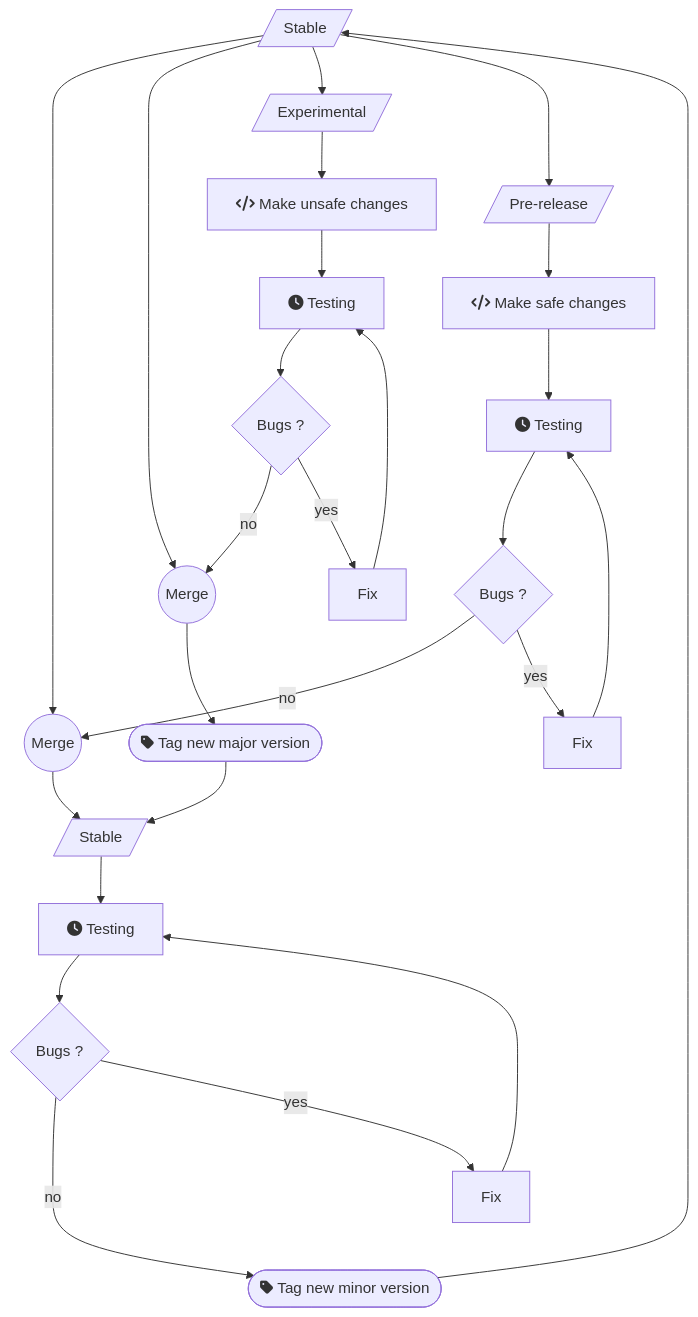
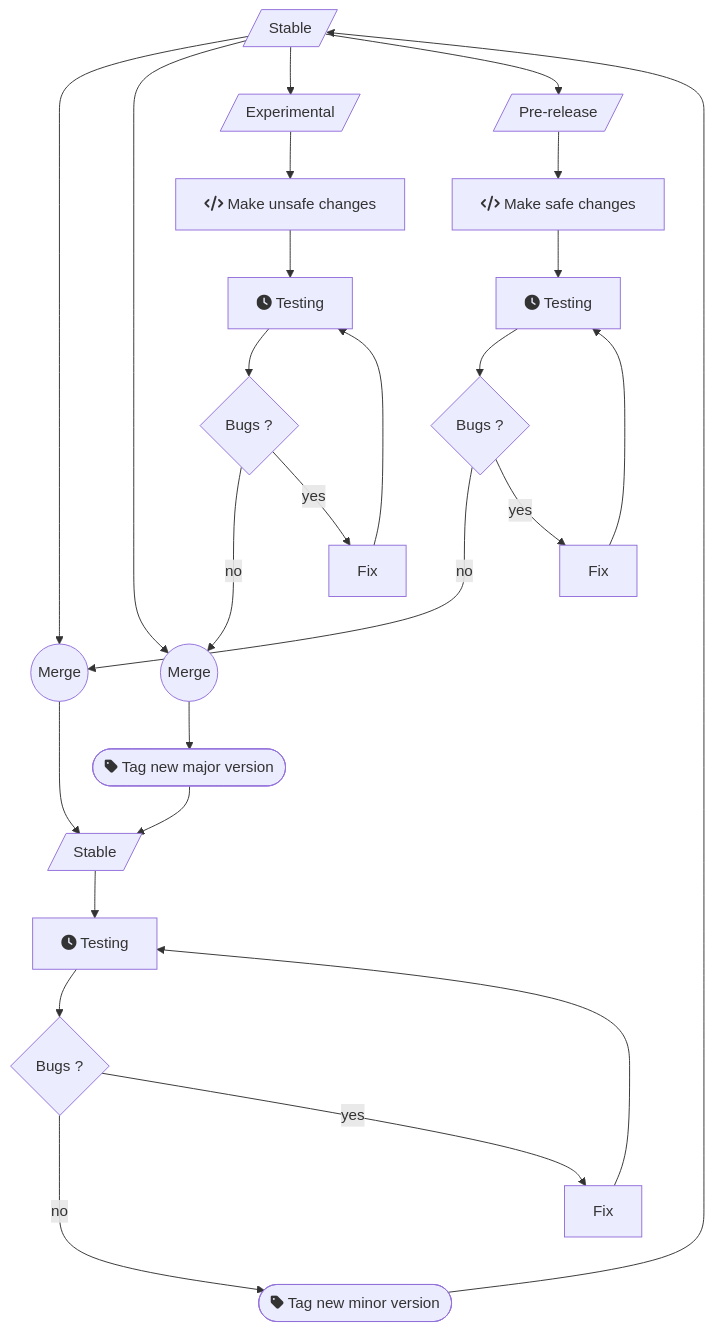
One commit to darktable-org/dtdocs changed the diagram in content/install/_index.md. Above: the diagram before and after it, drawn with Mermaid. The commit also changed other lines of this file, not shown here.

Commit message:
Update install and release graph

````diff
--- a/content/install/_index.md
+++ b/content/install/_index.md
@@ -35,37 +35,36 @@
 ```mermaid
 graph TD;
 	master[/Stable/];
 	candidate[/Pre-release/];
 	dev[/Experimental/];
 	master2[/Stable/];
 
 	master -------> m1((Merge));
 	master ------> m2((Merge));
 	m1 --> master2;
 
 	master --> dev;
 	dev --> c3[fa:fa-code Make unsafe changes];
 	c3 --> t3[fa:fa-clock Testing];
 	t3 --> r3{Bugs ?};
-	r3 -- no --> m2;
+	r3 -- no ---> m2;
 	r3 -- yes --> f3[Fix];
 	f3 --> t3;
 	m2 --> p2([fa:fa-tag Tag new major version]);
 	p2 --> master2;
 
 	master --> candidate;
 	candidate --> c1[fa:fa-code Make safe changes];
 	c1 --> t1[fa:fa-clock Testing];
 	t1 --> r1{Bugs ?};
-	r1 -- no --> m1;
+	r1 -- no ---> m1;
 	r1 -- yes --> f1[Fix];
 	f1 ---> t1;
 
 	master2 --> t2[fa:fa-clock Testing];
 	t2 --> r2{Bugs ?};
 	r2 -- no ---> p1([fa:fa-tag Tag new minor version])
 	r2 -- yes --> f2[Fix];
 	f2 ---> t2;
 	p1 -----------> master;
-
 ```
````
